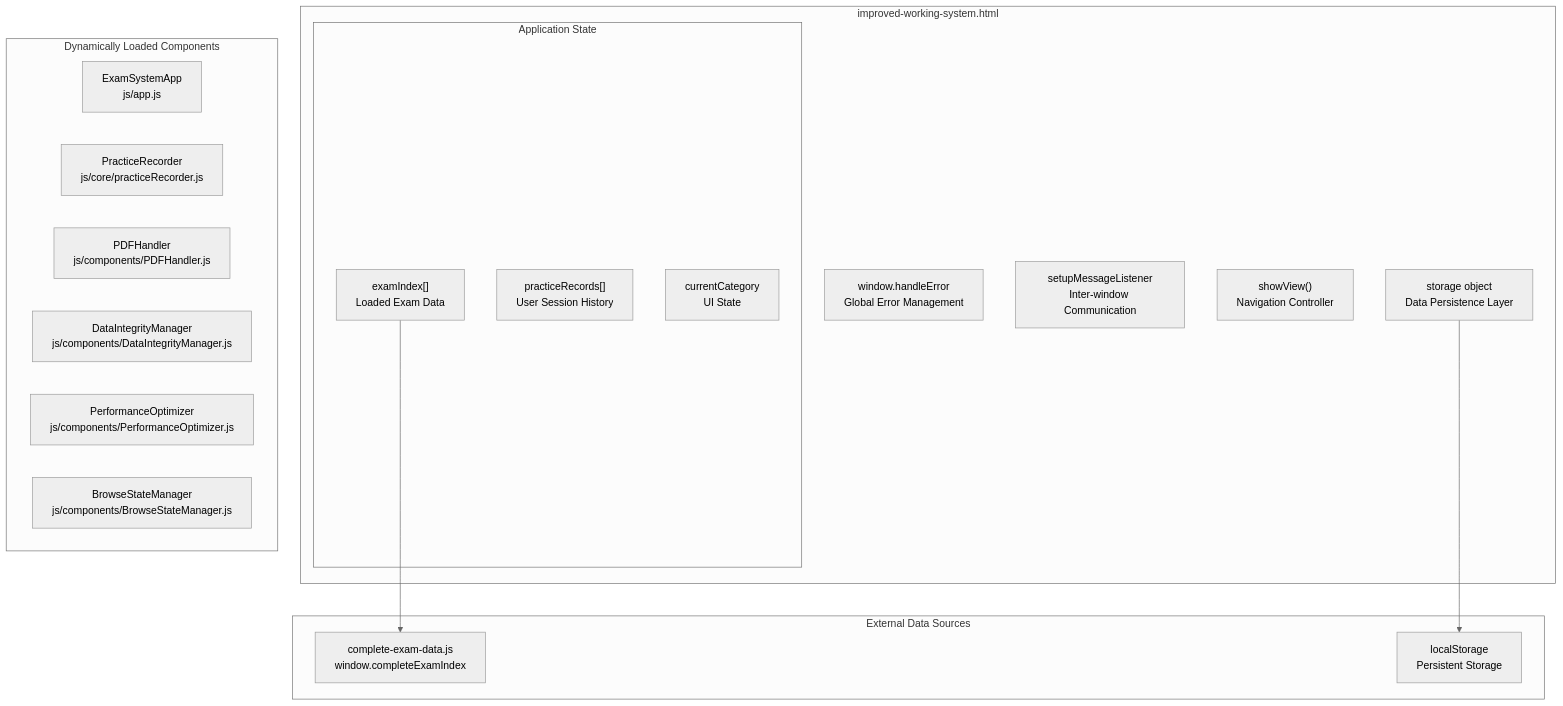
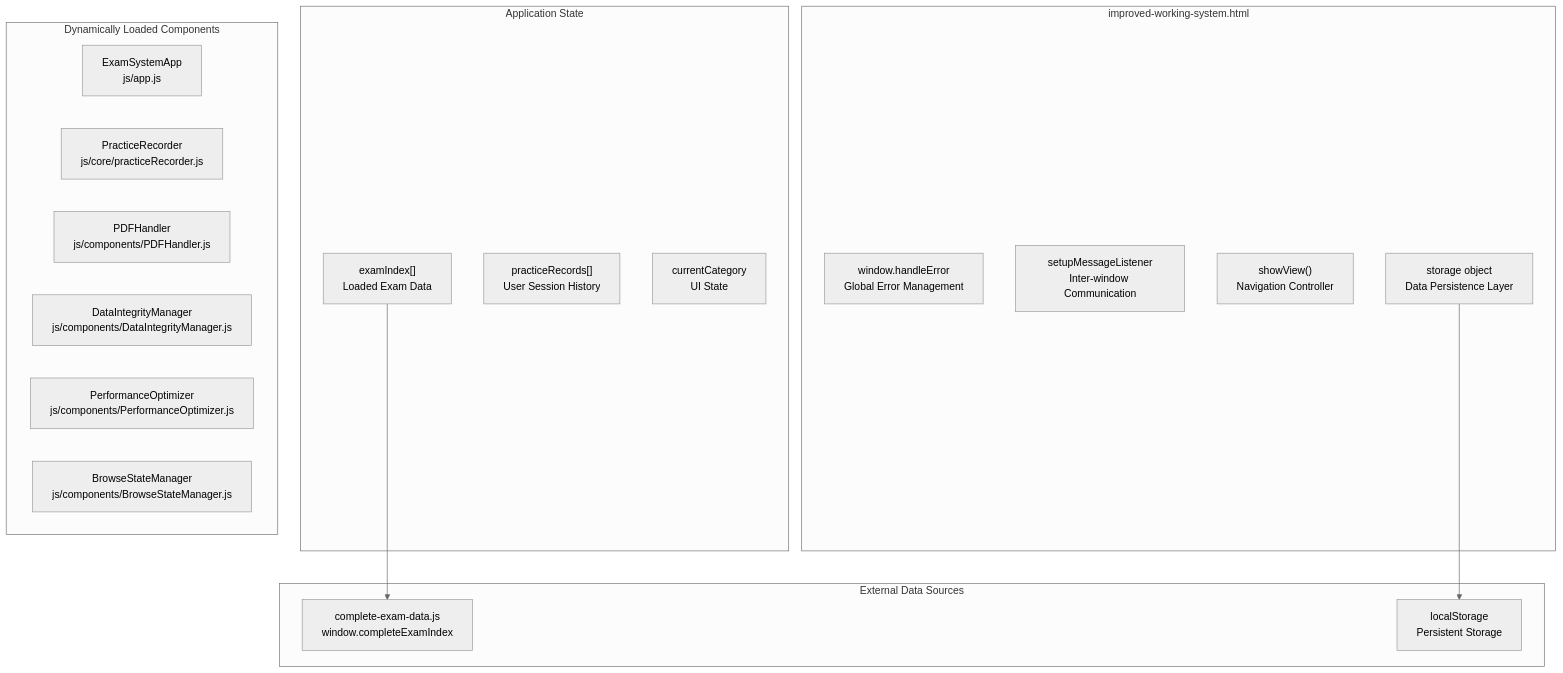
The first of 7 diagrams in assets/developer wiki/English wiki/System-Architecture.md (sallowayma-git/IELTS-practice), drawn with Mermaid (neutral theme) before and after one commit. The commit also changed other lines of this file and 40 other files, not shown here.

````diff
--- a/assets/developer wiki/English wiki/System-Architecture.md
+++ b/assets/developer wiki/English wiki/System-Architecture.md
@@ -16,49 +16,49 @@
 ```mermaid
 flowchart TD
 
 ExamSystemApp["ExamSystemApp<br>js/app.js"]
 PracticeRecorder["PracticeRecorder<br>js/core/practiceRecorder.js"]
 PDFHandler["PDFHandler<br>js/components/PDFHandler.js"]
 DataIntegrityMgr["DataIntegrityManager<br>js/components/DataIntegrityManager.js"]
 PerformanceOpt["PerformanceOptimizer<br>js/components/PerformanceOptimizer.js"]
 BrowseStateMgr["BrowseStateManager<br>js/components/BrowseStateManager.js"]
 ErrorHandler["window.handleError<br>Global Error Management"]
 MessageListener["setupMessageListener<br>Inter-window Communication"]
 ViewManager["showView()<br>Navigation Controller"]
 DataManager["storage object<br>Data Persistence Layer"]
 ExamIndex["examIndex[]<br>Loaded Exam Data"]
 PracticeRecords["practiceRecords[]<br>User Session History"]
 CurrentView["currentCategory<br>UI State"]
 CompleteExamData["complete-exam-data.js<br>window.completeExamIndex"]
 LocalStorage["localStorage<br>Persistent Storage"]
 
 DataManager --> LocalStorage
 ExamIndex --> CompleteExamData
 
 subgraph ExternalData ["External Data Sources"]
     CompleteExamData
     LocalStorage
 end
 
 subgraph MainApp ["improved-working-system.html"]
     ErrorHandler
     MessageListener
     ViewManager
     DataManager
+end
 
 subgraph AppState ["Application State"]
     ExamIndex
     PracticeRecords
     CurrentView
-end
 end
 
 subgraph LoadedComponents ["Dynamically Loaded Components"]
     ExamSystemApp
     PracticeRecorder
     PDFHandler
     DataIntegrityMgr
     PerformanceOpt
     BrowseStateMgr
 end
 ```
````
